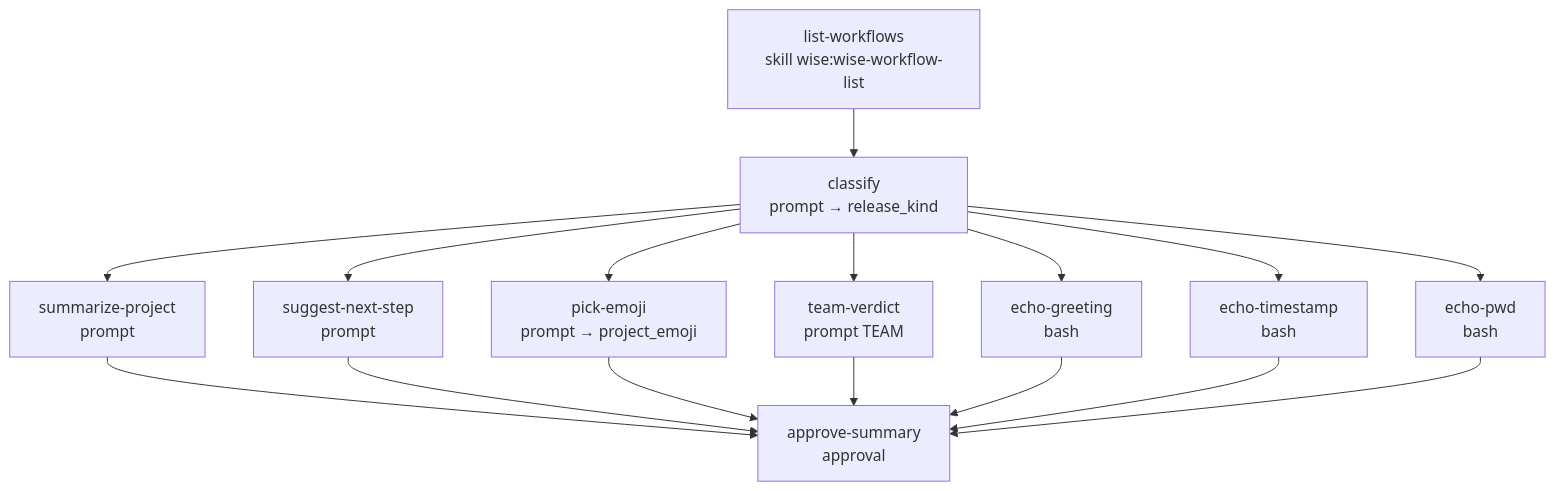
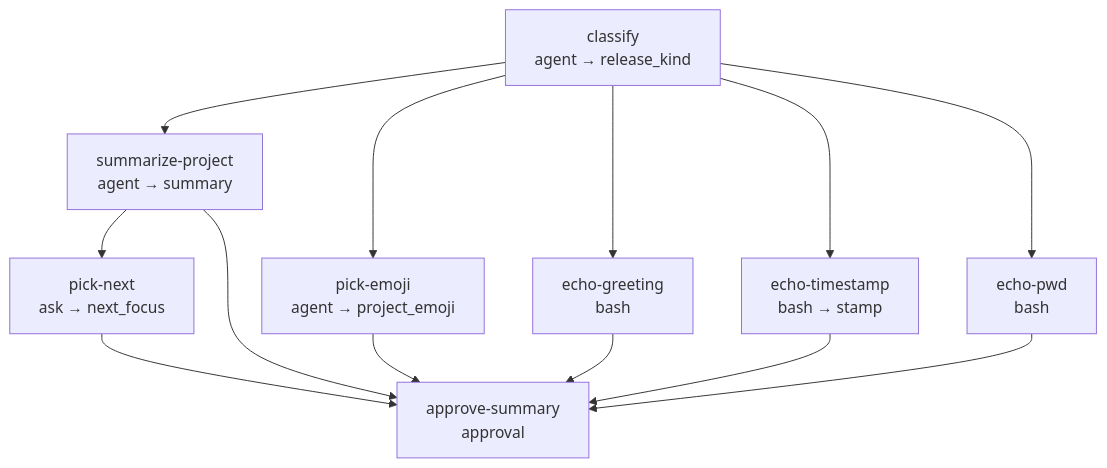
One commit to e1024kb/wise-claude changed the diagram in plugins/wise/workflows/example-workflow/README.md. Above: the diagram before and after it, drawn with Mermaid. The commit also changed other lines of this file and 187 other files, not shown here.

````diff
--- a/plugins/wise/workflows/example-workflow/README.md
+++ b/plugins/wise/workflows/example-workflow/README.md
@@ -45,18 +44,15 @@
 ```mermaid
 flowchart TD
-    A[list-workflows<br/>skill wise:wise-workflow-list] --> B[classify<br/>prompt → release_kind]
-    B --> C[summarize-project<br/>prompt]
-    B --> D[suggest-next-step<br/>prompt]
-    B --> E[pick-emoji<br/>prompt → project_emoji]
-    B --> T[team-verdict<br/>prompt TEAM]
+    B[classify<br/>agent → release_kind] --> C[summarize-project<br/>agent → summary]
+    B --> E[pick-emoji<br/>agent → project_emoji]
     B --> F[echo-greeting<br/>bash]
-    B --> G[echo-timestamp<br/>bash]
+    B --> G[echo-timestamp<br/>bash → stamp]
     B --> H[echo-pwd<br/>bash]
+    C --> N[pick-next<br/>ask → next_focus]
     C --> I
-    D --> I
     E --> I
-    T --> I
     F --> I
     G --> I
-    H --> I[approve-summary<br/>approval]
+    H --> I
+    N --> I[approve-summary<br/>approval]
 ```
````
